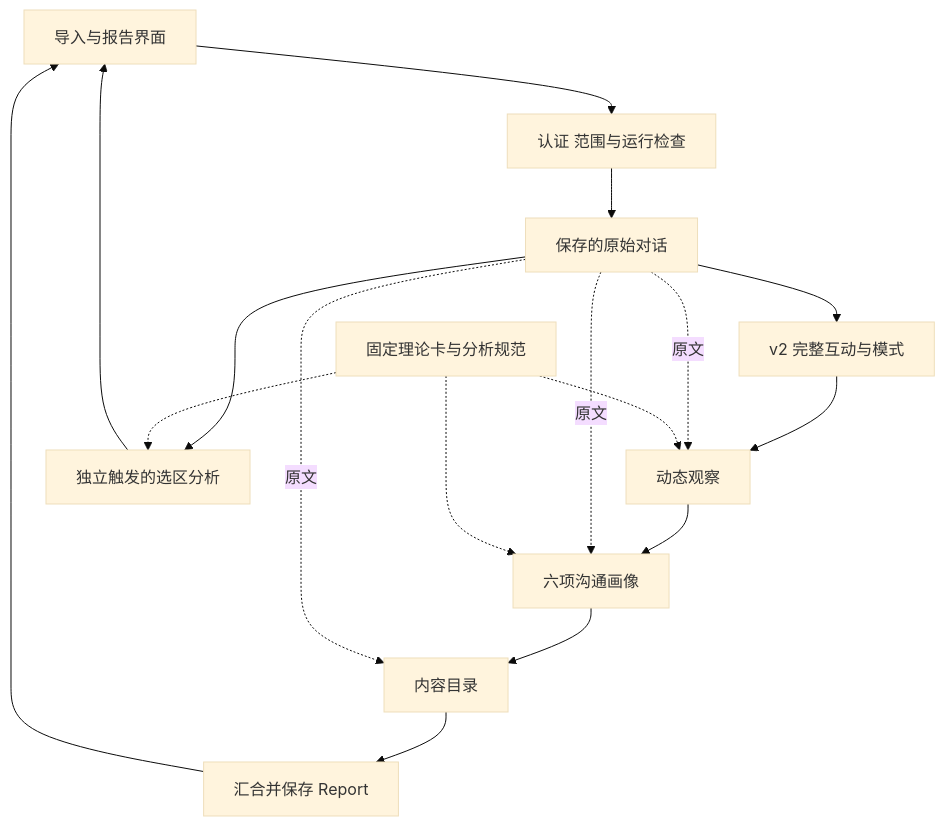
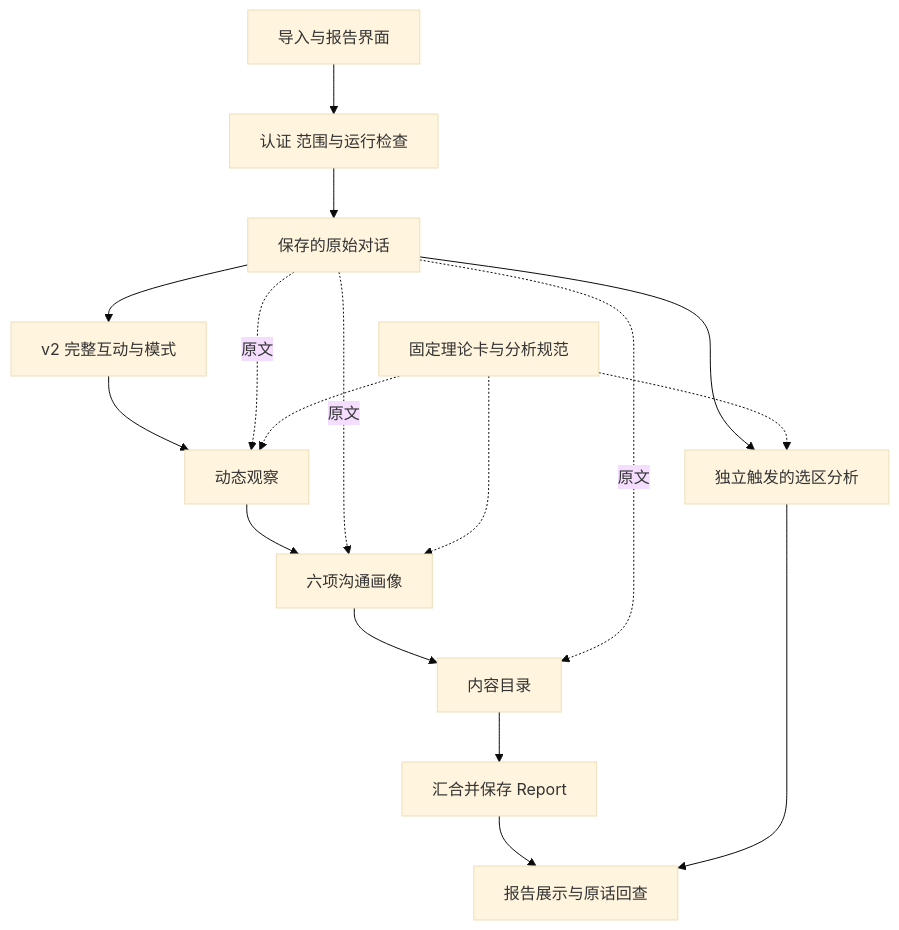
Before and after one commit to soflanx/conversation-mirror-design: the first of 2 diagrams in docs/architecture.md, drawn with Mermaid (base theme).

Commit message:
Clarify architecture diagram flow from input to report

````diff
--- a/docs/architecture.md
+++ b/docs/architecture.md
@@ -22,19 +22,19 @@
 ```mermaid
 flowchart TB
     UI[导入与报告界面] --> API[认证 范围与运行检查]
     API --> SRC[保存的原始对话]
     SRC --> V2[v2 完整互动与模式]
     V2 --> DYN[动态观察]
     DYN --> IMP[六项沟通画像]
     IMP --> CH[内容目录]
     CH --> SAVE[汇合并保存 Report]
-    SAVE --> UI
+    SAVE --> VIEW[报告展示与原话回查]
     SRC -. 原文 .-> DYN
     SRC -. 原文 .-> IMP
     SRC -. 原文 .-> CH
     K[固定理论卡与分析规范] -.-> DYN
     K -.-> IMP
     SRC --> SEL[独立触发的选区分析]
     K -.-> SEL
-    SEL --> UI
+    SEL --> VIEW
 ```
````
